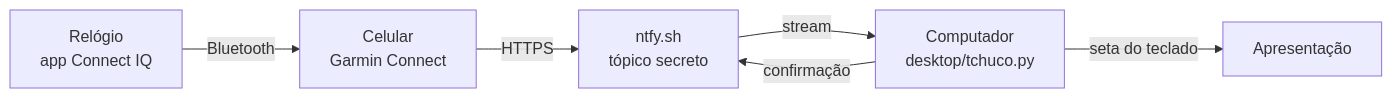
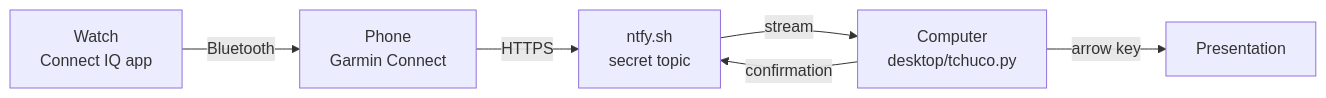
One commit to santos-wesley/tchuco-tchuco changed the diagram in README.md. Above: the diagram before and after it, drawn with Mermaid. The commit also changed other lines of this file and 6 other files, not shown here.

````diff
--- a/README.md
+++ b/README.md
@@ -55,8 +49,8 @@
 ```mermaid
 flowchart LR
-    R["Relógio<br/>app Connect IQ"] -->|Bluetooth| C["Celular<br/>Garmin Connect"]
-    C -->|HTTPS| N["ntfy.sh<br/>tópico secreto"]
-    N -->|stream| P["Computador<br/>desktop/tchuco.py"]
-    P -->|"confirmação"| N
-    P -->|"seta do teclado"| S["Apresentação"]
+    W["Watch<br/>Connect IQ app"] -->|Bluetooth| P["Phone<br/>Garmin Connect"]
+    P -->|HTTPS| N["ntfy.sh<br/>secret topic"]
+    N -->|stream| C["Computer<br/>desktop/tchuco.py"]
+    C -->|"confirmation"| N
+    C -->|"arrow key"| S["Presentation"]
 ```
````
